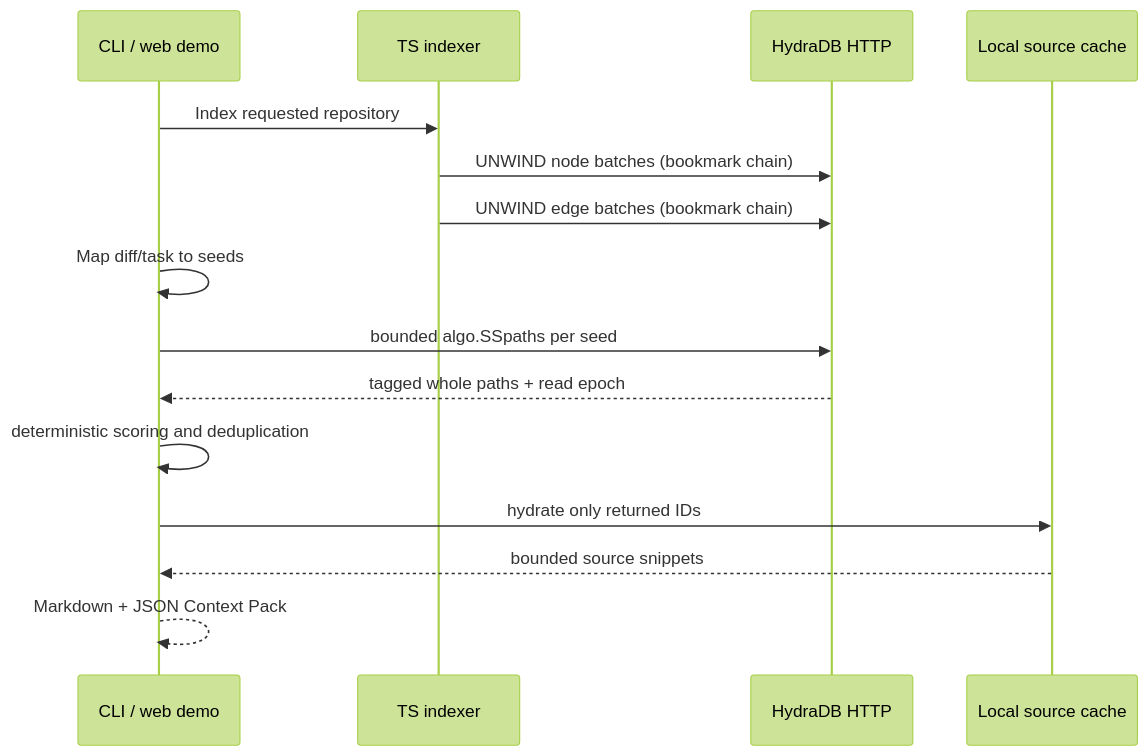
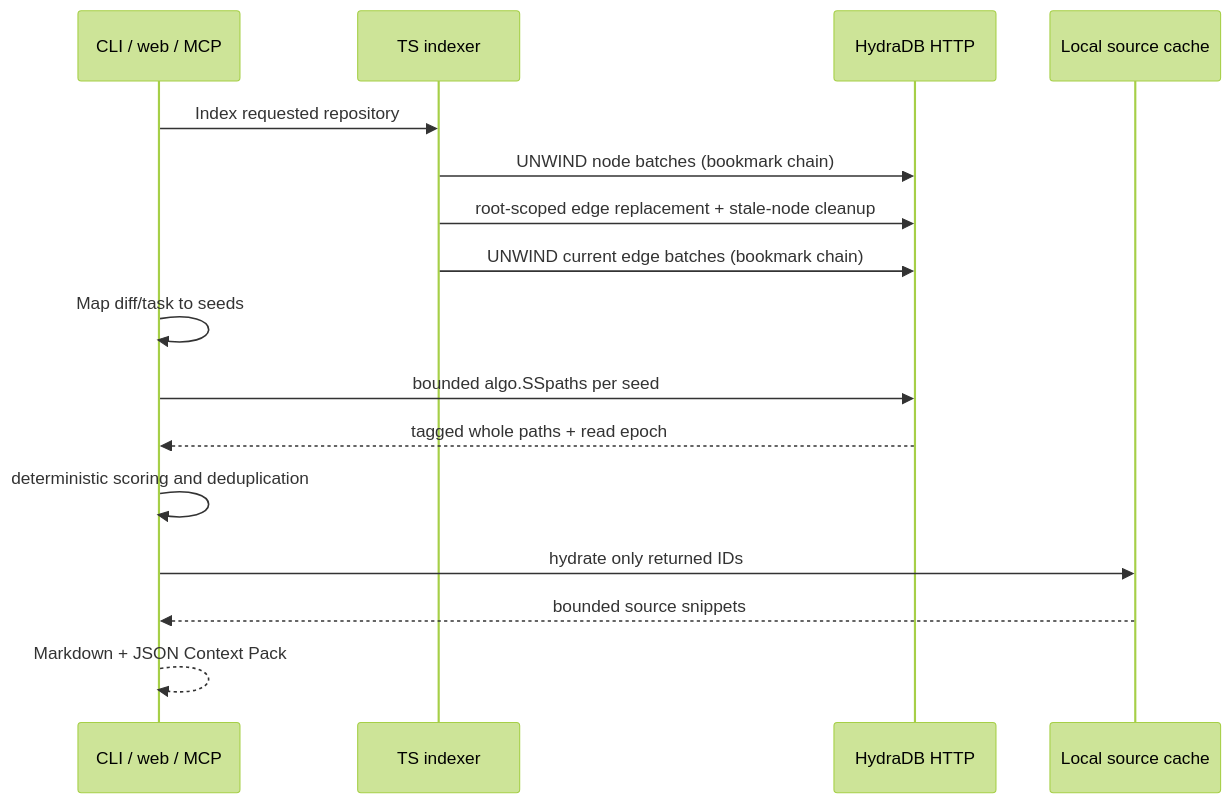
One commit to tang-vu/hydratrace changed the diagram in docs/ARCHITECTURE.md. Above: the diagram before and after it, drawn with Mermaid (forest theme). The commit also changed other lines of this file and 9 other files, not shown here.

````diff
--- a/docs/ARCHITECTURE.md
+++ b/docs/ARCHITECTURE.md
@@ -7,17 +7,18 @@
 ```mermaid
 sequenceDiagram
-    participant U as CLI / web demo
+    participant U as CLI / web / MCP
     participant X as TS indexer
     participant H as HydraDB HTTP
     participant C as Local source cache
     U->>X: Index requested repository
     X->>H: UNWIND node batches (bookmark chain)
-    X->>H: UNWIND edge batches (bookmark chain)
+    X->>H: root-scoped edge replacement + stale-node cleanup
+    X->>H: UNWIND current edge batches (bookmark chain)
     U->>U: Map diff/task to seeds
     U->>H: bounded algo.SSpaths per seed
     H-->>U: tagged whole paths + read epoch
     U->>U: deterministic scoring and deduplication
     U->>C: hydrate only returned IDs
     C-->>U: bounded source snippets
     U-->>U: Markdown + JSON Context Pack
 ```
````
